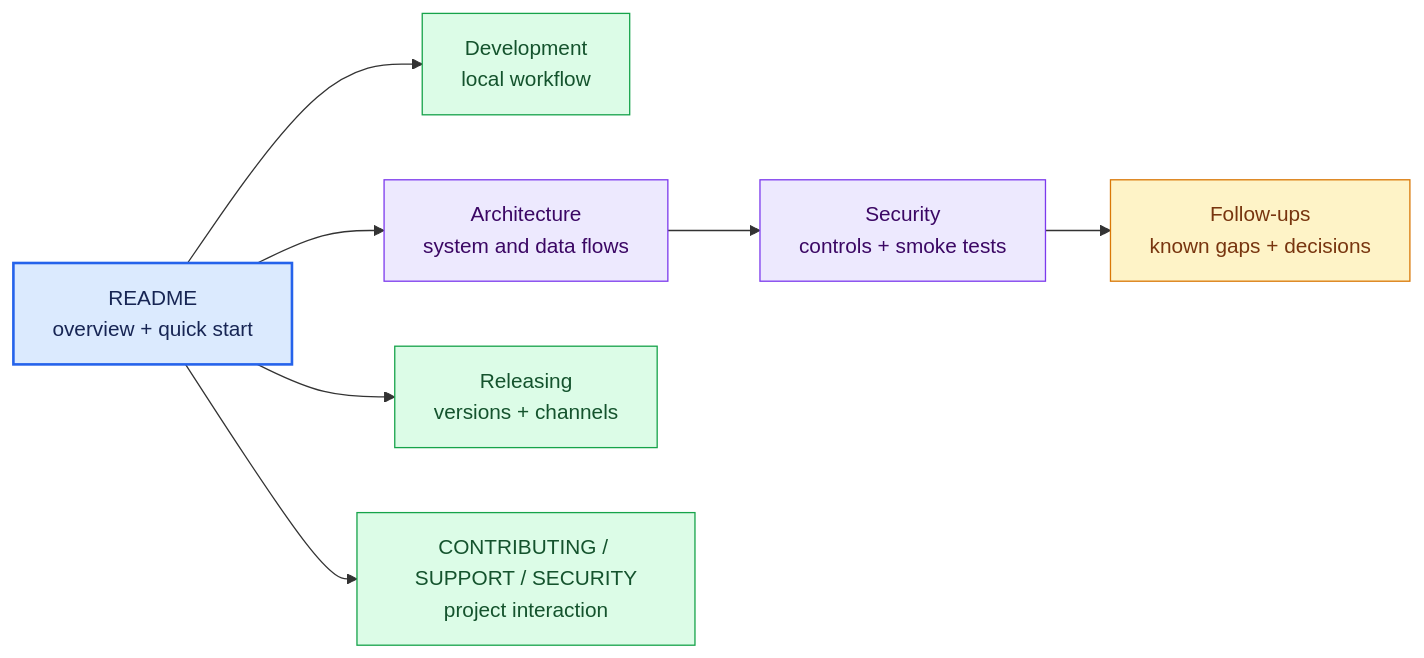
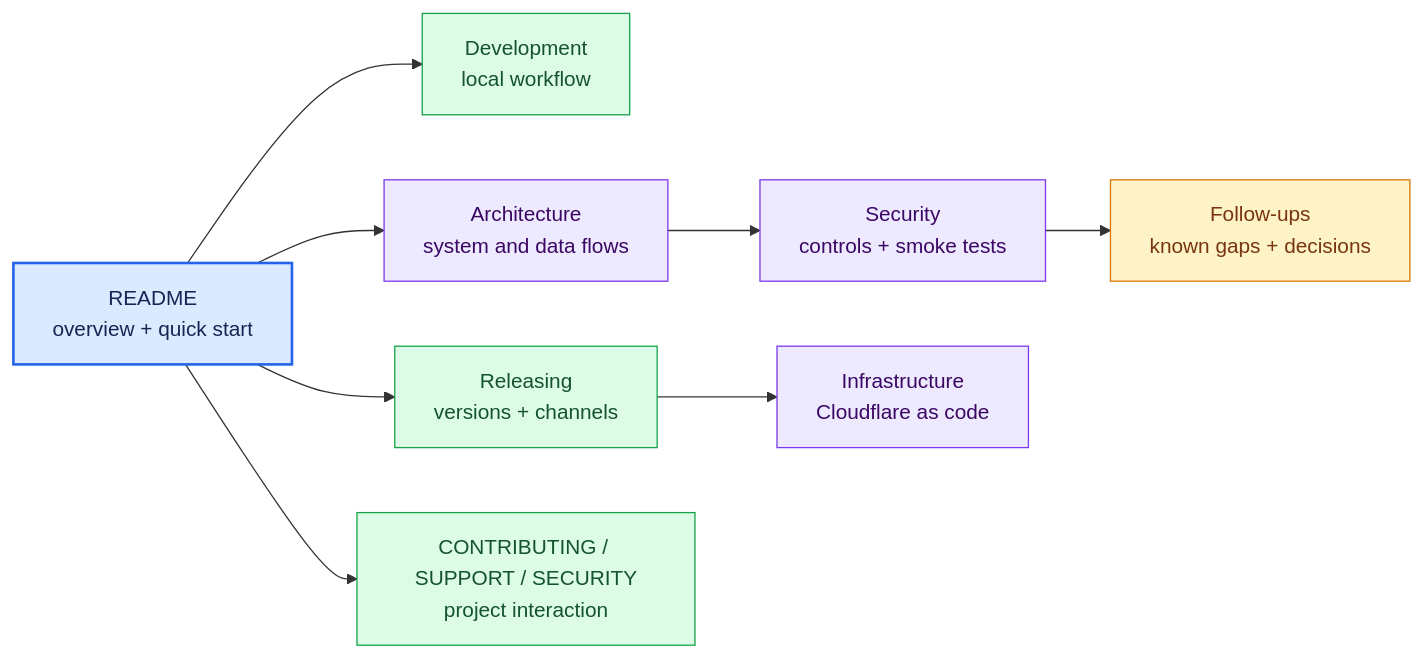
Before and after one commit to krmznkr/julian: the diagram in docs/README.md, drawn with Mermaid. The commit also changed other lines of this file and 22 other files, not shown here.

Commit message:
feat(infra): manage Cloudflare as code with Alchemy (#45)

````diff
--- a/docs/README.md
+++ b/docs/README.md
@@ -7,26 +7,28 @@
 ```mermaid
 flowchart LR
   readme["README<br/>overview + quick start"]
   dev["Development<br/>local workflow"]
   architecture["Architecture<br/>system and data flows"]
   security["Security<br/>controls + smoke tests"]
   followups["Follow-ups<br/>known gaps + decisions"]
   releasing["Releasing<br/>versions + channels"]
+  infra["Infrastructure<br/>Cloudflare as code"]
   community["CONTRIBUTING / SUPPORT / SECURITY<br/>project interaction"]
 
   readme --> dev
   readme --> architecture
   architecture --> security
   security --> followups
   readme --> community
   readme --> releasing
+  releasing --> infra
 
   classDef entry fill:#dbeafe,stroke:#2563eb,color:#172554,stroke-width:2px
   classDef howto fill:#dcfce7,stroke:#16a34a,color:#14532d
   classDef explain fill:#ede9fe,stroke:#7c3aed,color:#3b0764
   classDef action fill:#fef3c7,stroke:#d97706,color:#78350f
   class readme entry
   class dev,community,releasing howto
-  class architecture,security explain
+  class architecture,security,infra explain
   class followups action
 ```
````
